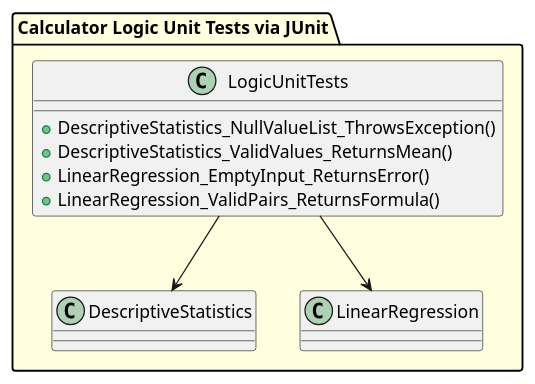
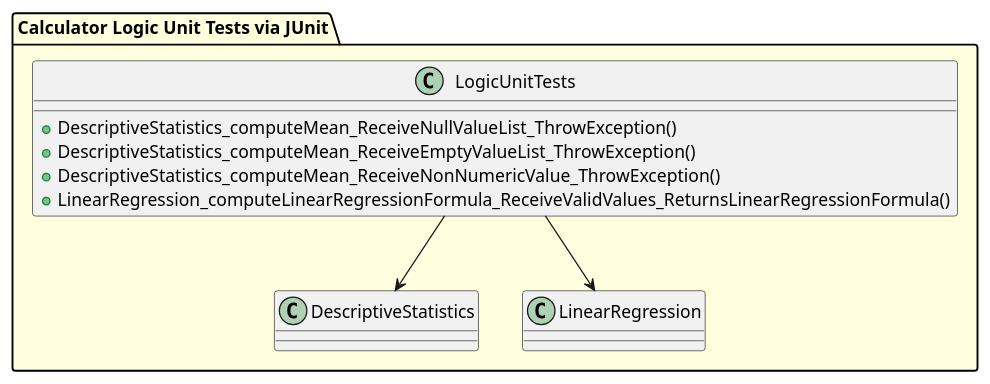
The diagram in mardown/UnitTestUML.puml (ninuljaja/SWE3643-Fall2024-Project), drawn with PlantUML before and after one commit. The commit also changed 4 other files, not shown here.

```diff
--- a/mardown/UnitTestUML.puml
+++ b/mardown/UnitTestUML.puml
@@ -1,14 +1,14 @@
 @startuml
 allowmixing
 package "Calculator Logic Unit Tests via JUnit" #lightyellow {
     class LogicUnitTests {
-        + DescriptiveStatistics_NullValueList_ThrowsException()
-        + DescriptiveStatistics_ValidValues_ReturnsMean()
-        + LinearRegression_EmptyInput_ReturnsError()
-        + LinearRegression_ValidPairs_ReturnsFormula()
+        + DescriptiveStatistics_computeMean_ReceiveNullValueList_ThrowException()
+        + DescriptiveStatistics_computeMean_ReceiveEmptyValueList_ThrowException()
+        + DescriptiveStatistics_computeMean_ReceiveNonNumericValue_ThrowException()
+        + LinearRegression_computeLinearRegressionFormula_ReceiveValidValues_ReturnsLinearRegressionFormula()
     }
 
     LogicUnitTests --> DescriptiveStatistics
     LogicUnitTests --> LinearRegression
 }
 @enduml
```
